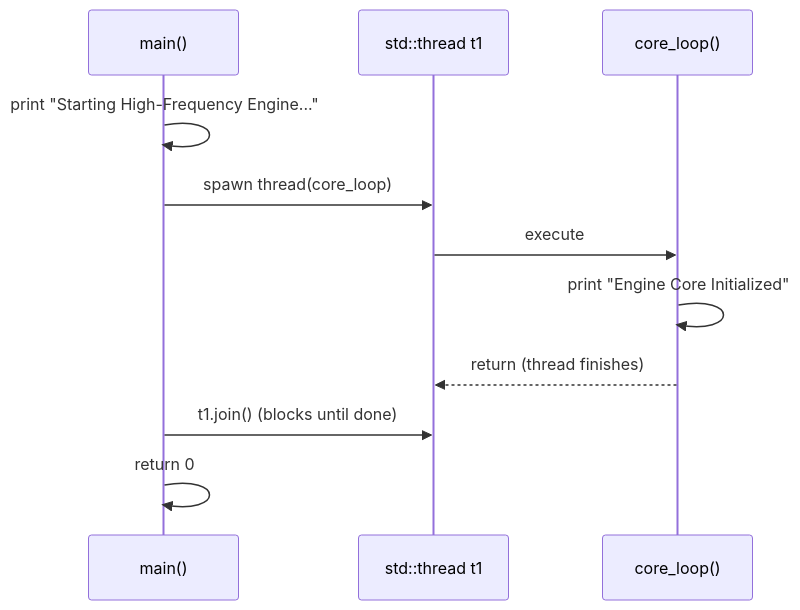
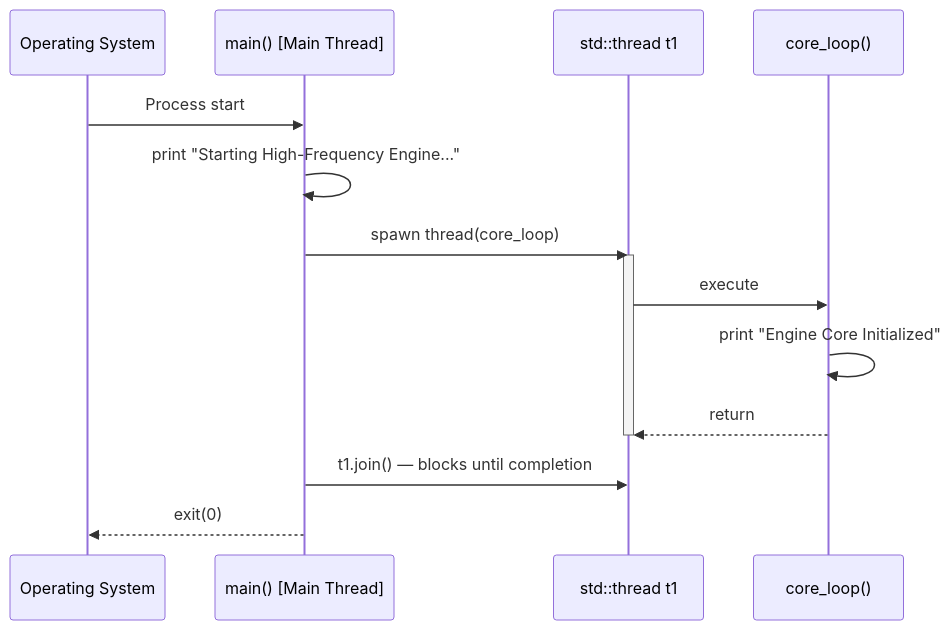
The first of 3 diagrams in README.md (Shivay00001/game-multiplayer-state-sync), drawn with Mermaid before and after one commit. The commit also changed other lines of this file, not shown here.

````diff
--- a/README.md
+++ b/README.md
@@ -46,13 +48,18 @@
 ```mermaid
 sequenceDiagram
-    participant M as main()
+    participant OS as Operating System
+    participant M as main() [Main Thread]
     participant T as std::thread t1
     participant C as core_loop()
+
+    OS->>M: Process start
     M->>M: print "Starting High-Frequency Engine..."
     M->>T: spawn thread(core_loop)
+    activate T
     T->>C: execute
     C->>C: print "Engine Core Initialized"
-    C-->>T: return (thread finishes)
-    M->>T: t1.join() (blocks until done)
-    M->>M: return 0
+    C-->>T: return
+    deactivate T
+    M->>T: t1.join() — blocks until completion
+    M-->>OS: exit(0)
 ```
````
